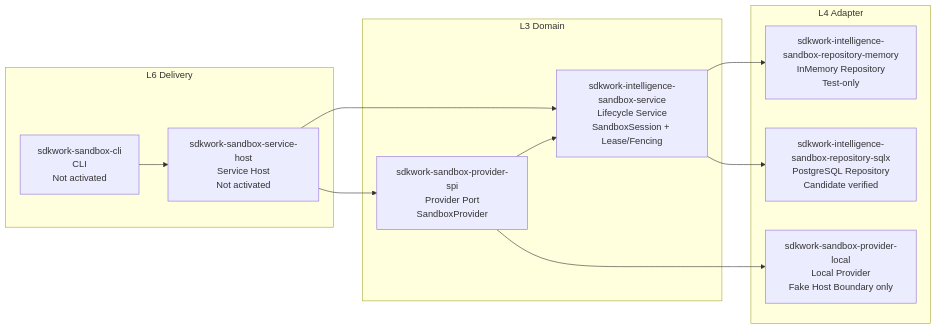
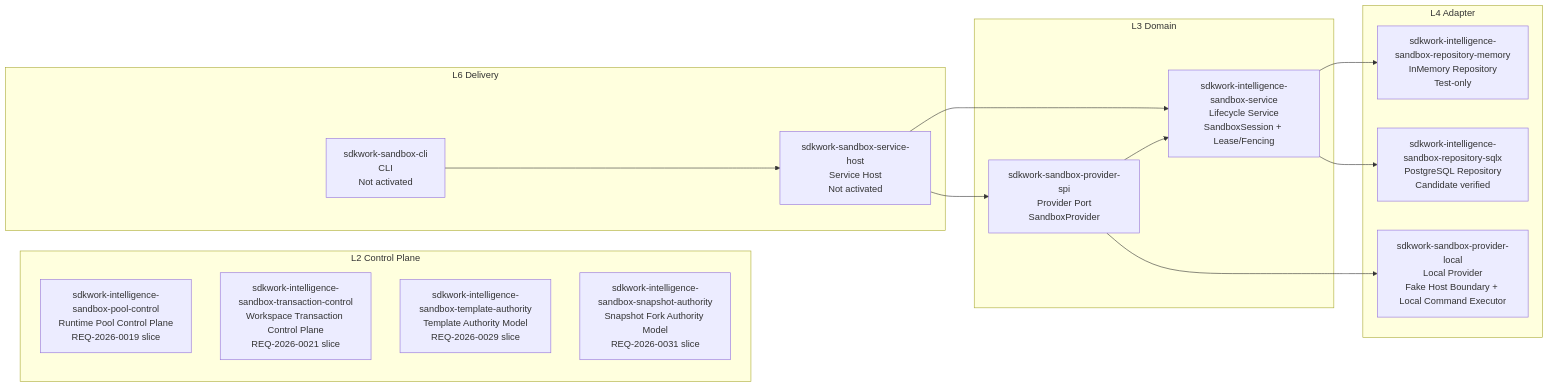
One commit to sdkwork-ai/sdkwork-sandbox changed the first of 2 diagrams in docs/architecture/views/gate-zero-current-state.md. Above: the diagram before and after it, drawn with Mermaid. The commit also changed other lines of this file and 2 other files, not shown here.

First line of the commit message:
fix(sandbox): sweep the promoted authority statuses into the status-bearing views

````diff
--- a/docs/architecture/views/gate-zero-current-state.md
+++ b/docs/architecture/views/gate-zero-current-state.md
@@ -15,26 +15,33 @@
 ```mermaid
 flowchart LR
+    subgraph L2 Control Plane
+        POOLCTL[sdkwork-intelligence-sandbox-pool-control<br/>Runtime Pool Control Plane<br/>REQ-2026-0019 slice]
+        TXCTL[sdkwork-intelligence-sandbox-transaction-control<br/>Workspace Transaction Control Plane<br/>REQ-2026-0021 slice]
+        TEMPL[sdkwork-intelligence-sandbox-template-authority<br/>Template Authority Model<br/>REQ-2026-0029 slice]
+        SNAPAUTH[sdkwork-intelligence-sandbox-snapshot-authority<br/>Snapshot Fork Authority Model<br/>REQ-2026-0031 slice]
+    end
+
     subgraph L3 Domain
         SPI[sdkwork-sandbox-provider-spi<br/>Provider Port<br/>SandboxProvider]
         SVC[sdkwork-intelligence-sandbox-service<br/>Lifecycle Service<br/>SandboxSession + Lease/Fencing]
     end
 
     subgraph L4 Adapter
         MEM[sdkwork-intelligence-sandbox-repository-memory<br/>InMemory Repository<br/>Test-only]
         SQL[sdkwork-intelligence-sandbox-repository-sqlx<br/>PostgreSQL Repository<br/>Candidate verified]
-        LOCAL[sdkwork-sandbox-provider-local<br/>Local Provider<br/>Fake Host Boundary only]
+        LOCAL[sdkwork-sandbox-provider-local<br/>Local Provider<br/>Fake Host Boundary + Local Command Executor]
     end
 
     subgraph L6 Delivery
         HOST[sdkwork-sandbox-service-host<br/>Service Host<br/>Not activated]
         CLI[sdkwork-sandbox-cli<br/>CLI<br/>Not activated]
     end
 
     SPI --> SVC
     SVC --> MEM
     SVC --> SQL
     SPI --> LOCAL
     HOST --> SVC
     HOST --> SPI
     CLI --> HOST
 ```
````
